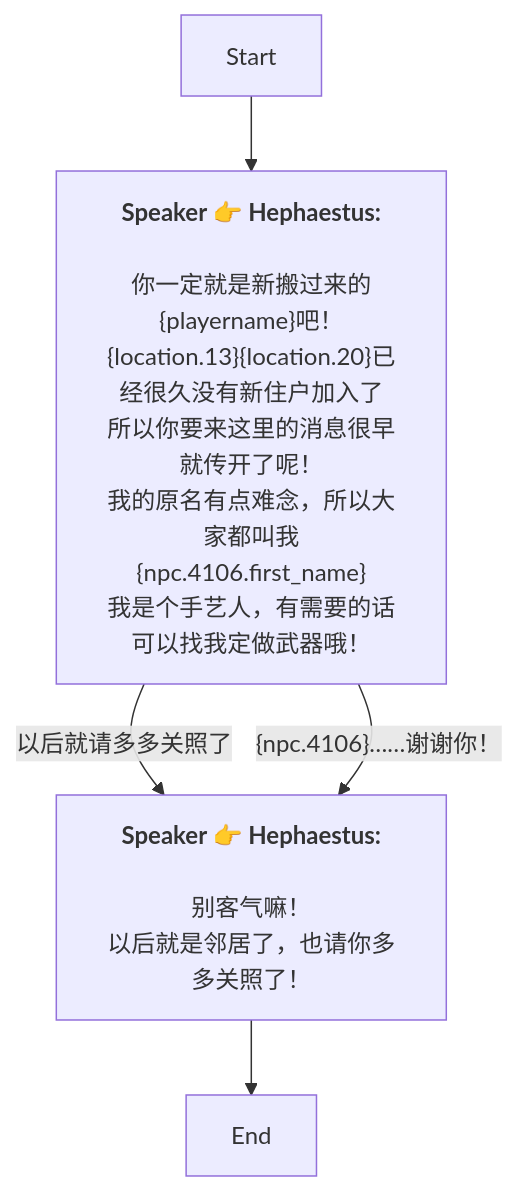
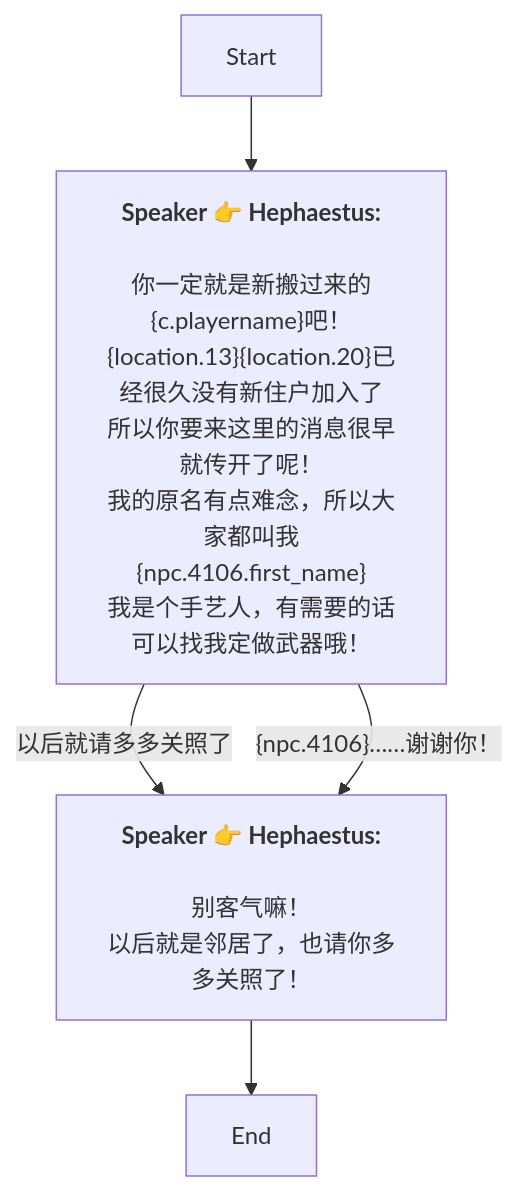
One commit to SoftHu/tos_avg changed the diagram in Zh/AddDialogNode_1741892552738072.md. Above: the diagram before and after it, drawn with Mermaid. The commit also changed 410 other files, not shown here.

````diff
--- a/Zh/AddDialogNode_1741892552738072.md
+++ b/Zh/AddDialogNode_1741892552738072.md
@@ -1,16 +1,16 @@
 ```mermaid
 graph
 Start -->1741893067333921[<b>Speaker 👉 Hephaestus:</b>
-\n你一定就是新搬过来的&lbrace;playername&rbrace;吧！
+\n你一定就是新搬过来的&lbrace;c.playername&rbrace;吧！
 &lbrace;location.13&rbrace;&lbrace;location.20&rbrace;已经很久没有新住户加入了
 所以你要来这里的消息很早就传开了呢！\n我的原名有点难念，所以大家都叫我&lbrace;npc.4106.first_name&rbrace;
 我是个手艺人，有需要的话可以找我定做武器哦！]
 1741893067333921 -->|以后就请多多关照了|1741895311660328[<b>Speaker 👉 Hephaestus:</b>
 \n别客气嘛！
 以后就是邻居了，也请你多多关照了！]
 1741893067333921 -->|&lbrace;npc.4106&rbrace;……谢谢你！|1741895311660328[<b>Speaker 👉 Hephaestus:</b>
 \n别客气嘛！
 以后就是邻居了，也请你多多关照了！]
 1741895311660328 -->1741895384382762[End]
 
 ```
````
